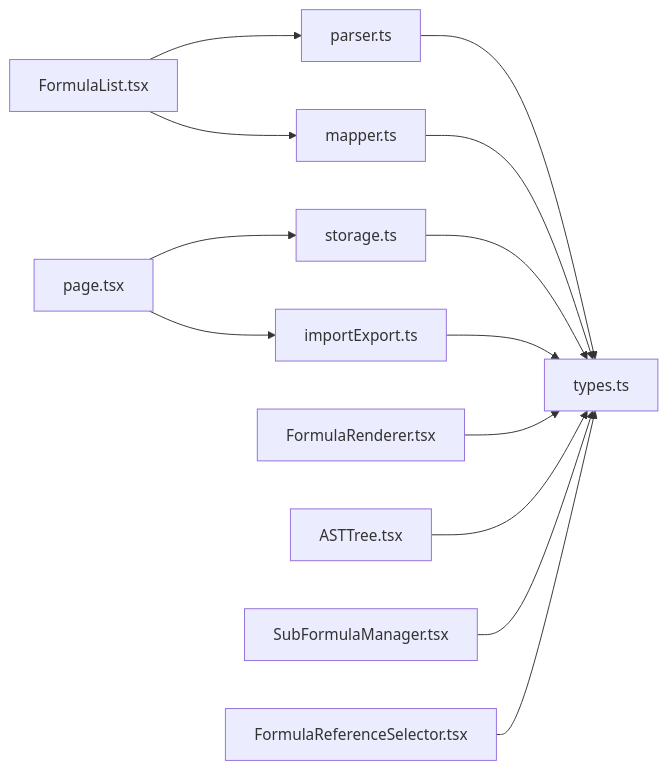
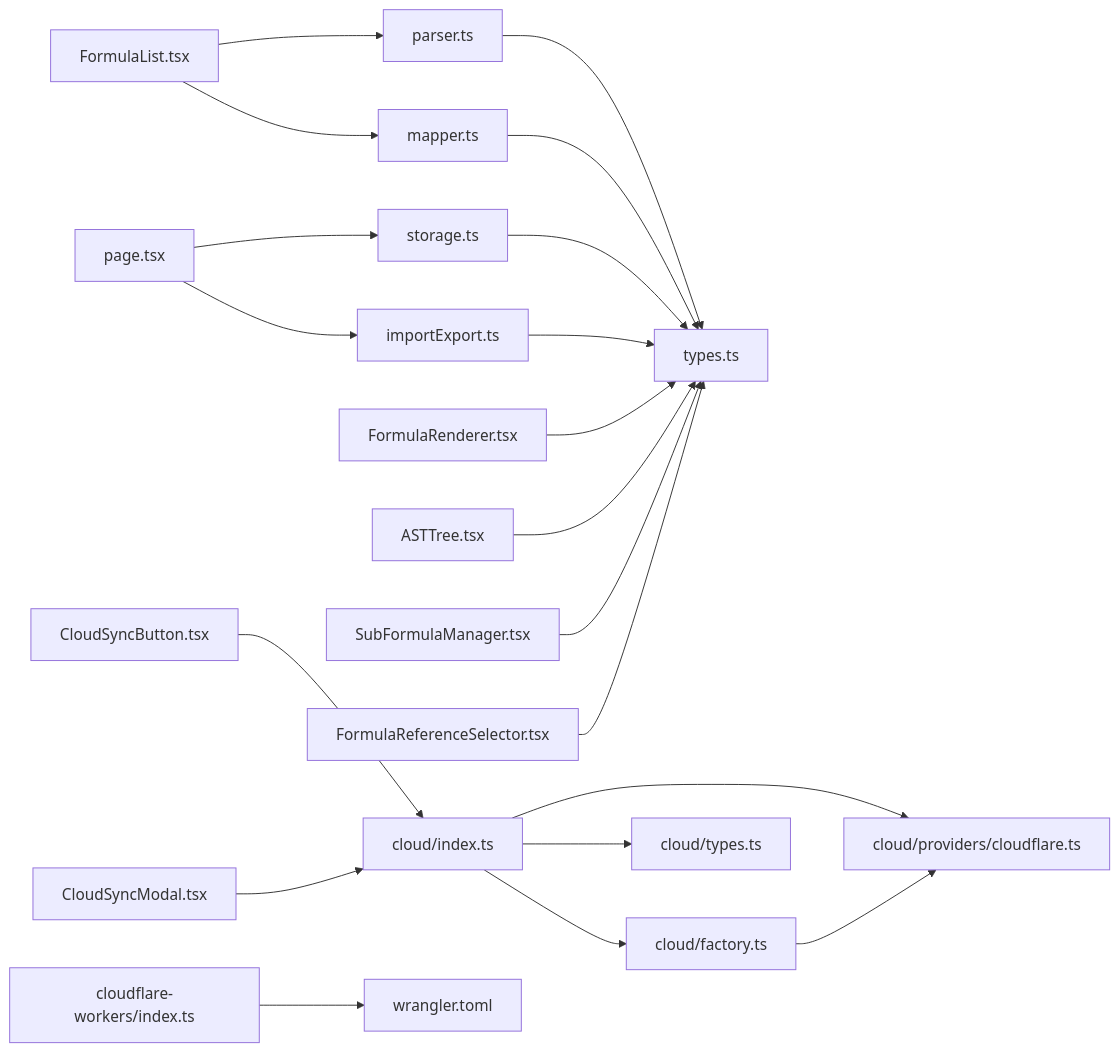
The fifth of 5 diagrams in .qoder/repowiki/zh/content/API参考/API参考.md (steveyu2/formula-mapper), drawn with Mermaid before and after one commit. The commit also changed other lines of this file and 7 other files, not shown here.

````diff
--- a/.qoder/repowiki/zh/content/API参考/API参考.md
+++ b/.qoder/repowiki/zh/content/API参考/API参考.md
@@ -443,15 +642,22 @@
 ```mermaid
 graph LR
 Parser["parser.ts"] --> Types["types.ts"]
 Mapper["mapper.ts"] --> Types
 Storage["storage.ts"] --> Types
 ImportExport["importExport.ts"] --> Types
 FL["FormulaList.tsx"] --> Parser
 FL --> Mapper
 FR["FormulaRenderer.tsx"] --> Types
 AT["ASTTree.tsx"] --> Types
 SFM["SubFormulaManager.tsx"] --> Types
 FRS["FormulaReferenceSelector.tsx"] --> Types
 Page["page.tsx"] --> Storage
 Page --> ImportExport
+CloudLib["cloud/index.ts"] --> CloudFactory["cloud/factory.ts"]
+CloudLib --> CloudTypes["cloud/types.ts"]
+CloudLib --> CloudflareProvider["cloud/providers/cloudflare.ts"]
+CloudFactory --> CloudflareProvider
+CloudSync["CloudSyncButton.tsx"] --> CloudLib
+CloudModal["CloudSyncModal.tsx"] --> CloudLib
+WorkerIndex["cloudflare-workers/index.ts"] --> WorkerConfig["wrangler.toml"]
 ```
````
